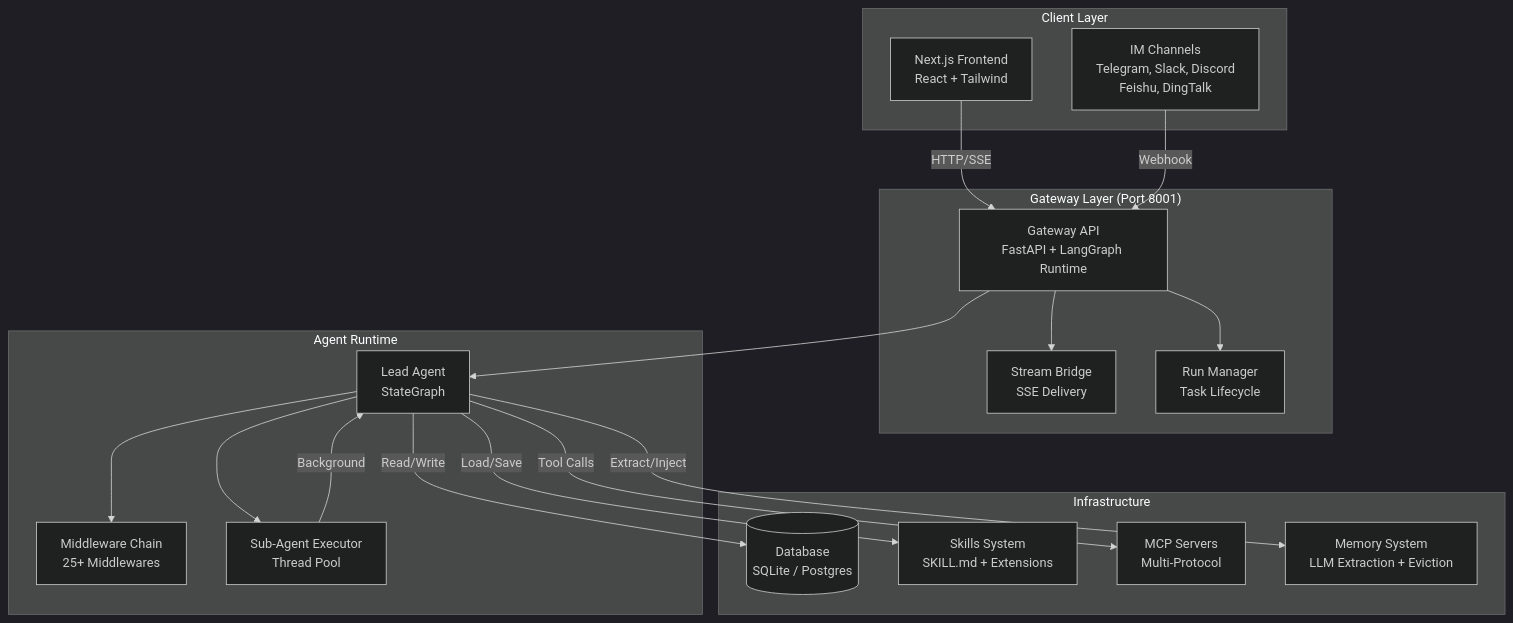
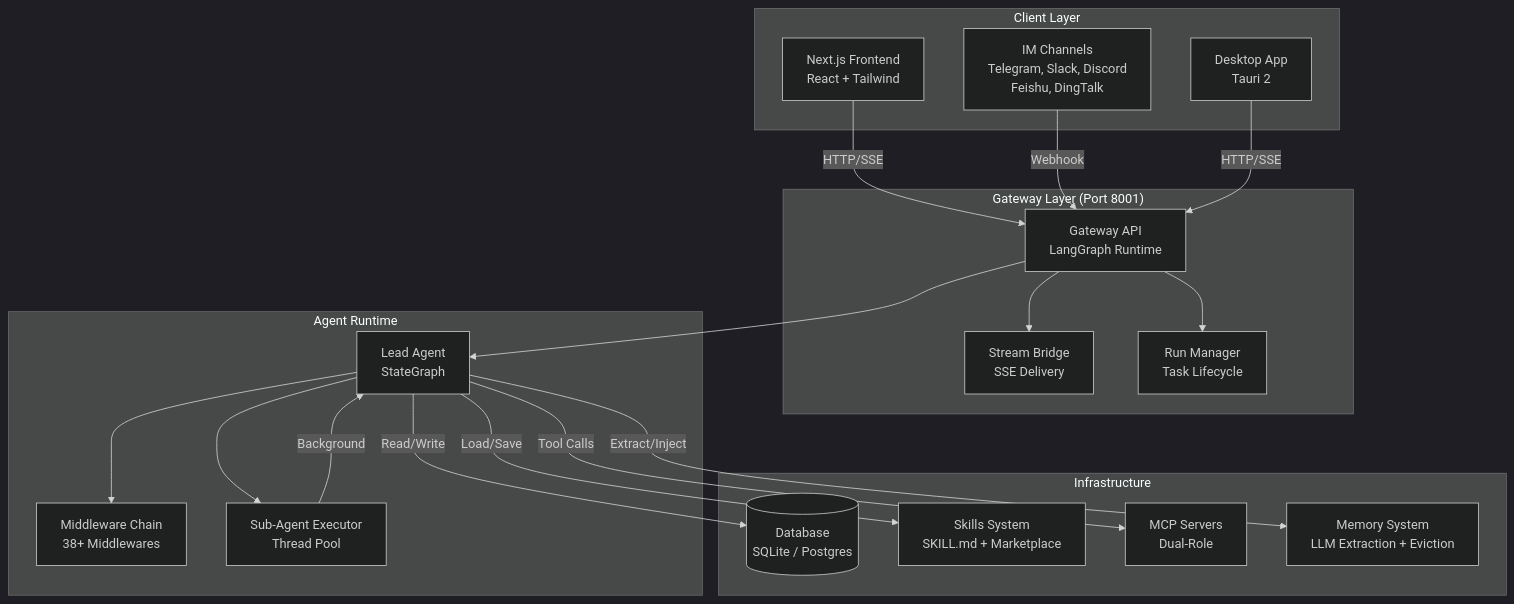
One commit to CreamyLong/quill changed the first of 4 diagrams in README.md. Above: the diagram before and after it, drawn with Mermaid (dark theme). The commit also changed other lines of this file, not shown here.

````diff
--- a/README.md
+++ b/README.md
@@ -52,39 +178,41 @@
 ```mermaid
 graph TB
     subgraph "Client Layer"
         WEB[Next.js Frontend<br/>React + Tailwind]
         IM[IM Channels<br/>Telegram, Slack, Discord<br/>Feishu, DingTalk]
+        DESK[Desktop App<br/>Tauri 2]
     end
 
     subgraph "Gateway Layer (Port 8001)"
-        GW[Gateway API<br/>FastAPI + LangGraph Runtime]
+        GW[Gateway API<br/>LangGraph Runtime]
         SB[Stream Bridge<br/>SSE Delivery]
         RM[Run Manager<br/>Task Lifecycle]
     end
 
     subgraph "Agent Runtime"
         LA[Lead Agent<br/>StateGraph]
-        MW[Middleware Chain<br/>25+ Middlewares]
+        MW[Middleware Chain<br/>38+ Middlewares]
         SA[Sub-Agent Executor<br/>Thread Pool]
     end
 
     subgraph "Infrastructure"
         DB[(Database<br/>SQLite / Postgres)]
-        SK[Skills System<br/>SKILL.md + Extensions]
-        MCP[MCP Servers<br/>Multi-Protocol]
+        SK[Skills System<br/>SKILL.md + Marketplace]
+        MCP[MCP Servers<br/>Dual-Role]
         MEM[Memory System<br/>LLM Extraction + Eviction]
     end
 
     WEB -->|HTTP/SSE| GW
     IM -->|Webhook| GW
+    DESK -->|HTTP/SSE| GW
     GW --> LA
     GW --> SB
     GW --> RM
     LA --> MW
     LA --> SA
     LA -->|Tool Calls| MCP
     LA -->|Read/Write| DB
     LA -->|Load/Save| SK
     LA -->|Extract/Inject| MEM
     SA -->|Background| LA
 ```
````
